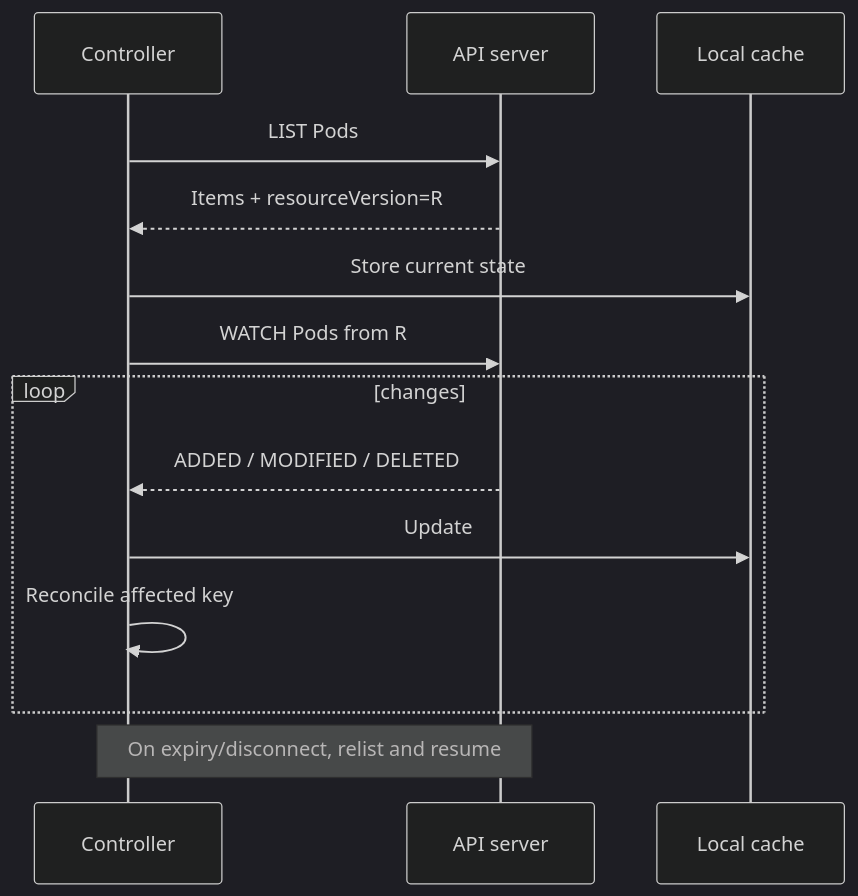
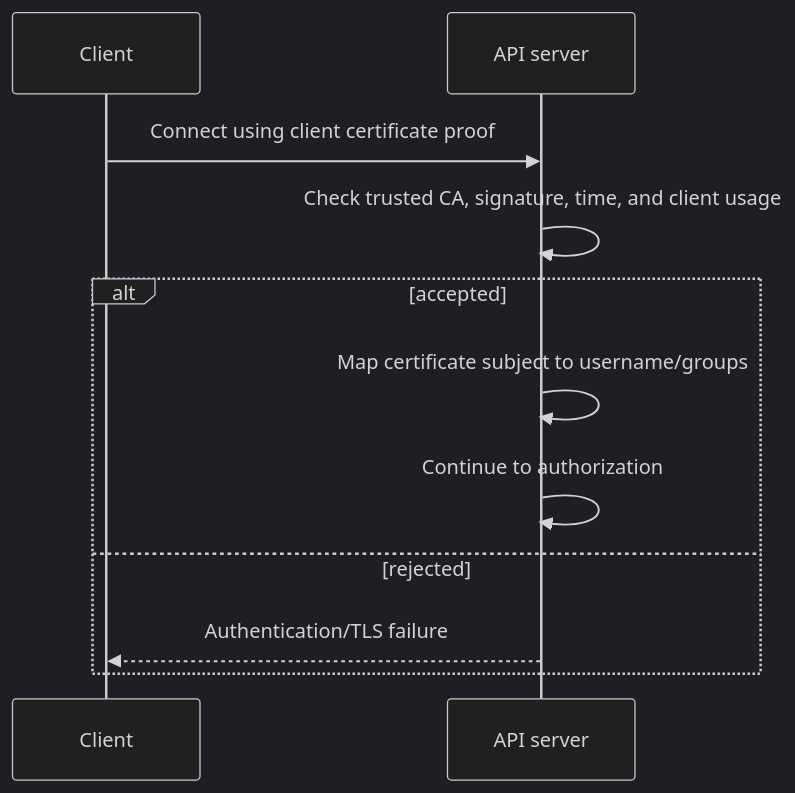
Diagram 11 of 29 in Day-02-README.md (asadjan4611/K8s-Tutorial), drawn with Mermaid (dark theme) before and after one commit. The commit also changed other lines of this file, not shown here.

Commit message:
docs: rewrite day 2 API and RBAC guide

````diff
--- a/Day-02-README.md
+++ b/Day-02-README.md
@@ -200,16 +1115,13 @@
 ```mermaid
 sequenceDiagram
-    participant C as Controller
-    participant API as API server
-    participant Cache as Local cache
-    C->>API: LIST Pods
-    API-->>C: Items + resourceVersion=R
-    C->>Cache: Store current state
-    C->>API: WATCH Pods from R
-    loop changes
-      API-->>C: ADDED / MODIFIED / DELETED
-      C->>Cache: Update
-      C->>C: Reconcile affected key
+    participant C as Client
+    participant A as API server
+    C->>A: Connect using client certificate proof
+    A->>A: Check trusted CA, signature, time, and client usage
+    alt accepted
+        A->>A: Map certificate subject to username/groups
+        A->>A: Continue to authorization
+    else rejected
+        A-->>C: Authentication/TLS failure
     end
-    Note over C,API: On expiry/disconnect, relist and resume
 ```
````
